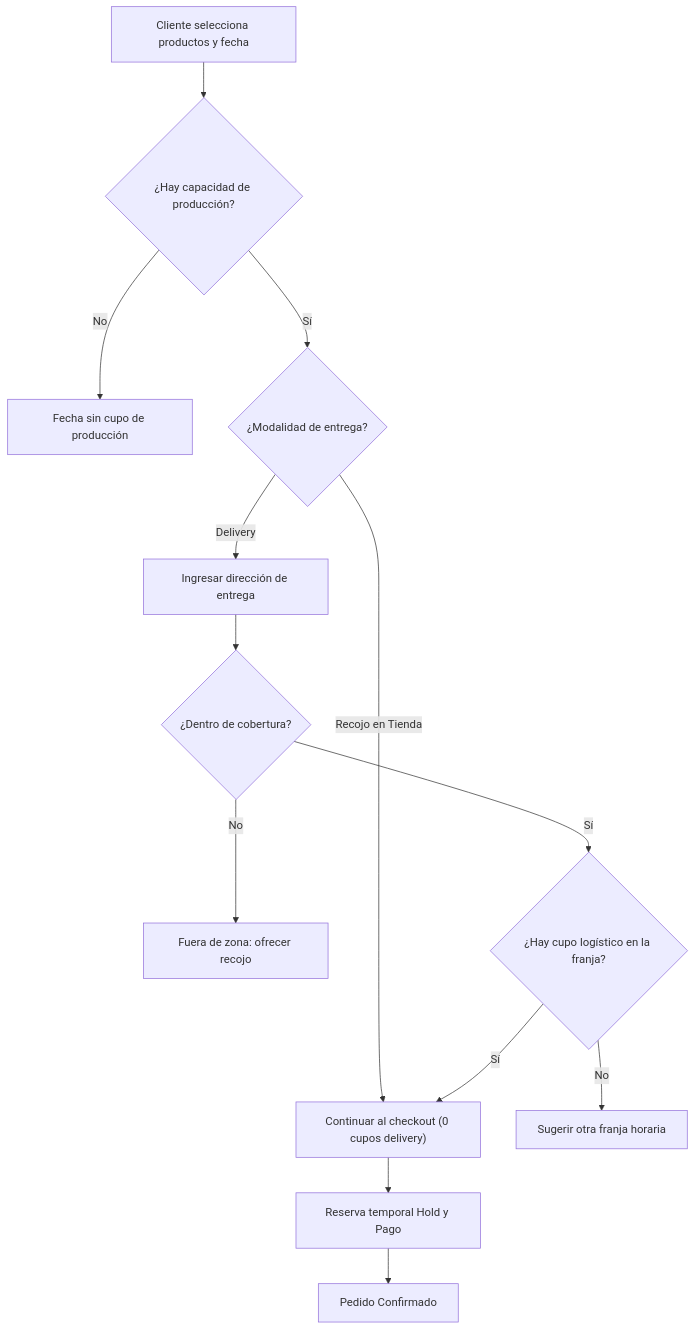
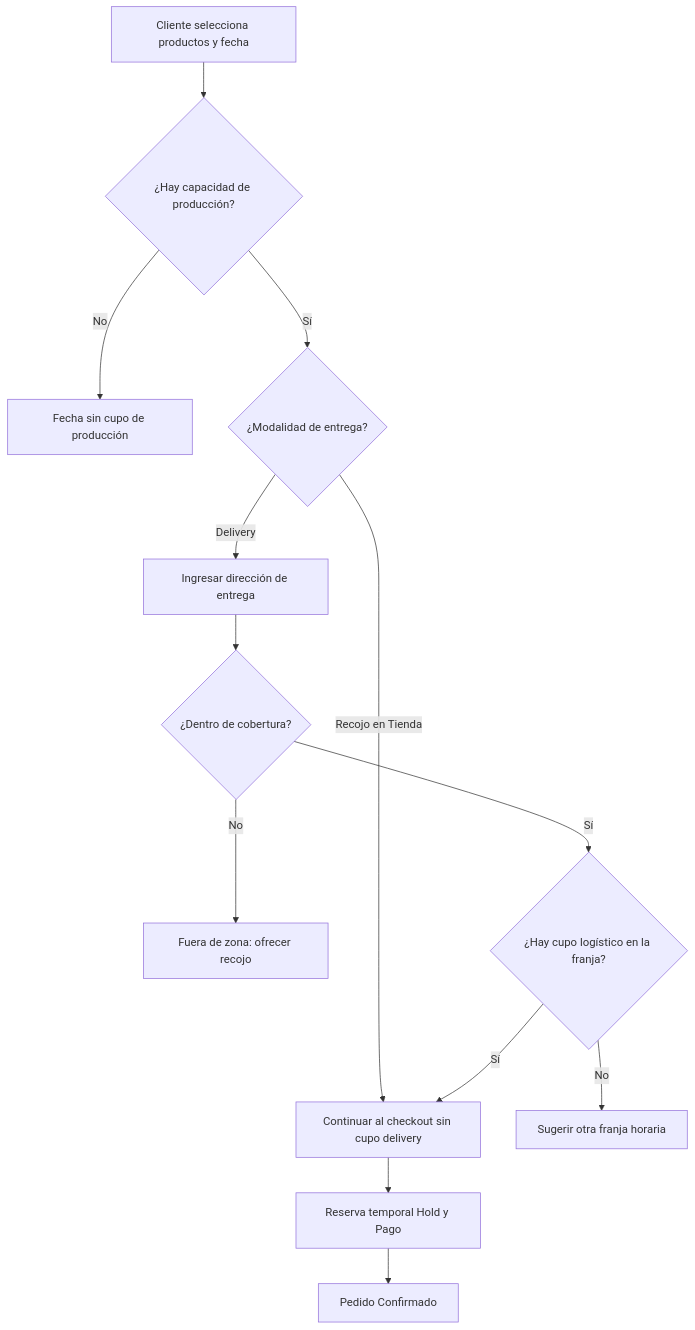
The second of 2 diagrams in docs/02-investigacion/caso-c-logistica.md (iJosueeh/jaldishop), drawn with Mermaid before and after one commit. The commit also changed other lines of this file and 2 other files, not shown here.

````diff
--- a/docs/02-investigacion/caso-c-logistica.md
+++ b/docs/02-investigacion/caso-c-logistica.md
@@ -67,20 +67,20 @@
 ```mermaid
 flowchart TD
     A[Cliente selecciona productos y fecha] --> B{¿Hay capacidad de producción?}
     
     B -->|No| C[Fecha sin cupo de producción]
     B -->|Sí| D{¿Modalidad de entrega?}
     
-    D -->|Recojo en Tienda| E["Continuar al checkout (0 cupos delivery)"]
+    D -->|Recojo en Tienda| E[Continuar al checkout sin cupo delivery]
     D -->|Delivery| F[Ingresar dirección de entrega]
     
     F --> G{¿Dentro de cobertura?}
     G -->|No| H[Fuera de zona: ofrecer recojo]
     G -->|Sí| I{¿Hay cupo logístico en la franja?}
     
     I -->|No| J[Sugerir otra franja horaria]
     I -->|Sí| E
     
     E --> K[Reserva temporal Hold y Pago]
     K --> L[Pedido Confirmado]
 ```
````
